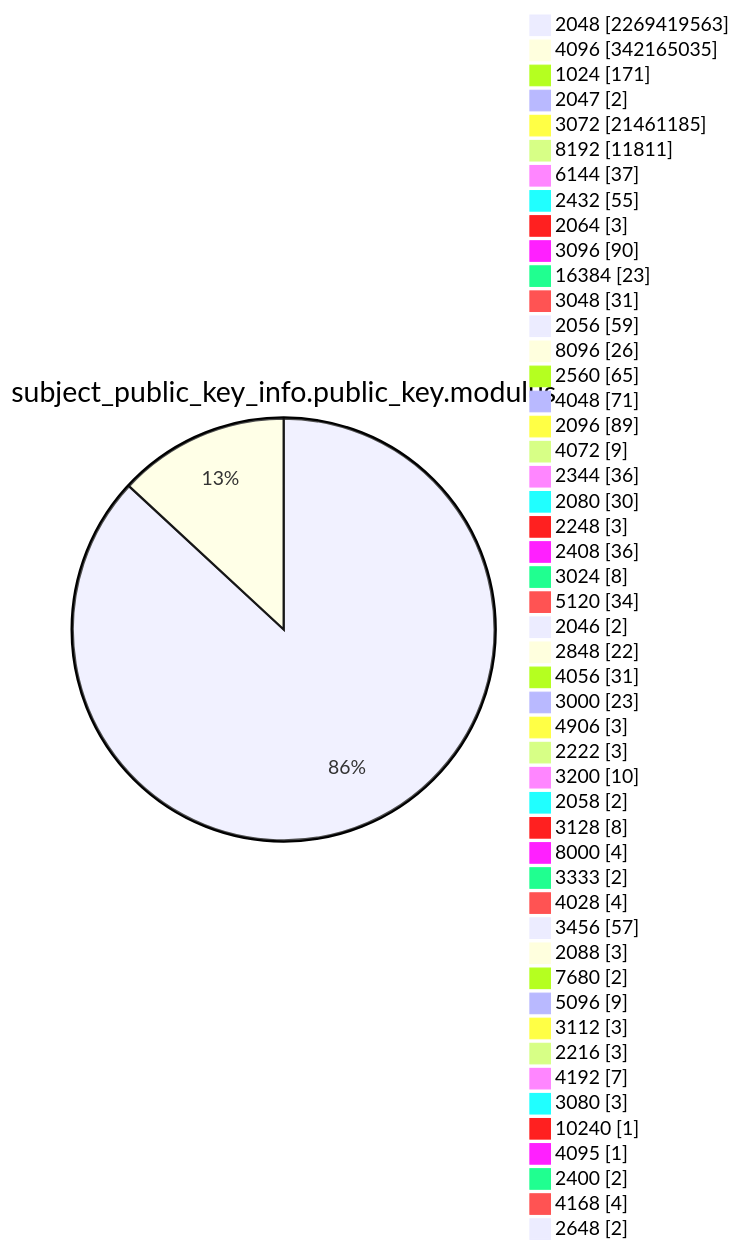
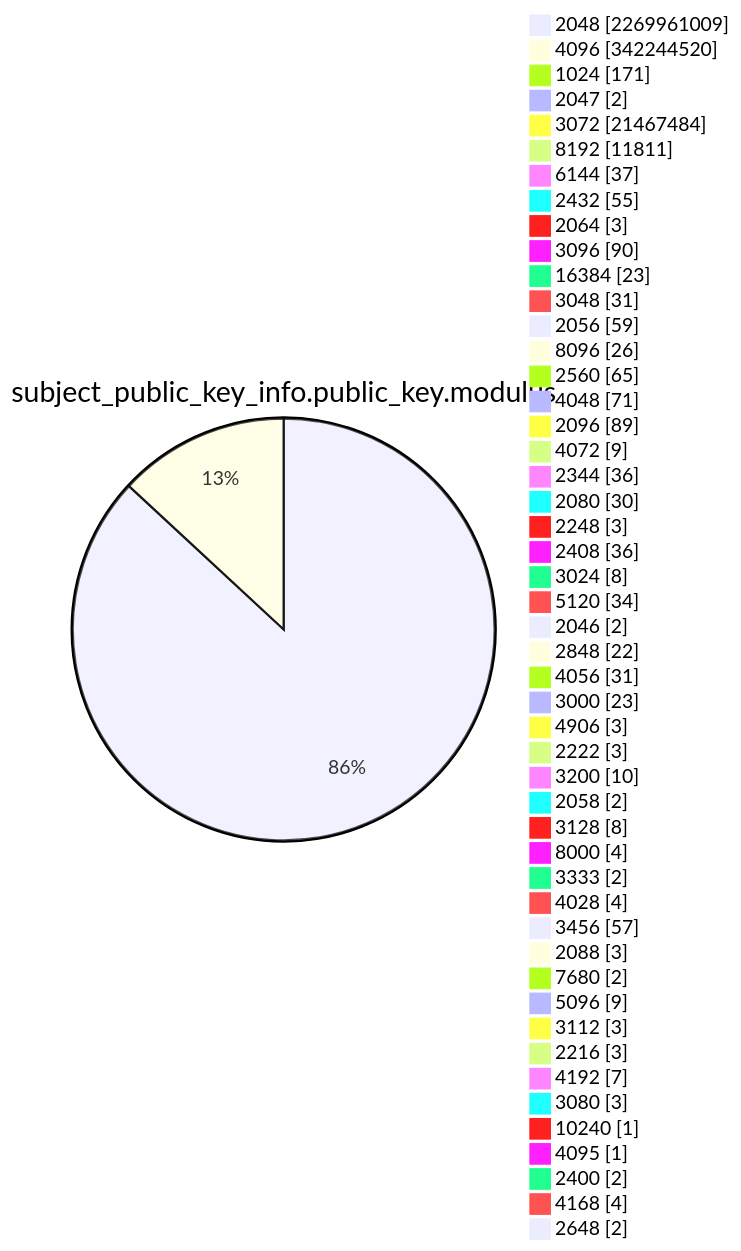
Diagram 13 of 15 in TOTAL/README.md (christiankrug/ctmonitor_visualization), drawn with Mermaid before and after one commit. The commit also changed other lines of this file, not shown here.

````diff
--- a/TOTAL/README.md
+++ b/TOTAL/README.md
@@ -4167,53 +4167,53 @@
 ```mermaid
 pie showData
 title subject_public_key_info.public_key.modulus
-"2048" :2269419563
-"4096" :342165035
+"2048" :2269961009
+"4096" :342244520
 "1024" :171
 "2047" :2
-"3072" :21461185
+"3072" :21467484
 "8192" :11811
 "6144" :37
 "2432" :55
 "2064" :3
 "3096" :90
 "16384" :23
 "3048" :31
 "2056" :59
 "8096" :26
 "2560" :65
 "4048" :71
 "2096" :89
 "4072" :9
 "2344" :36
 "2080" :30
 "2248" :3
 "2408" :36
 "3024" :8
 "5120" :34
 "2046" :2
 "2848" :22
 "4056" :31
 "3000" :23
 "4906" :3
 "2222" :3
 "3200" :10
 "2058" :2
 "3128" :8
 "8000" :4
 "3333" :2
 "4028" :4
 "3456" :57
 "2088" :3
 "7680" :2
 "5096" :9
 "3112" :3
 "2216" :3
 "4192" :7
 "3080" :3
 "10240" :1
 "4095" :1
 "2400" :2
 "4168" :4
 "2648" :2
 ```
````
